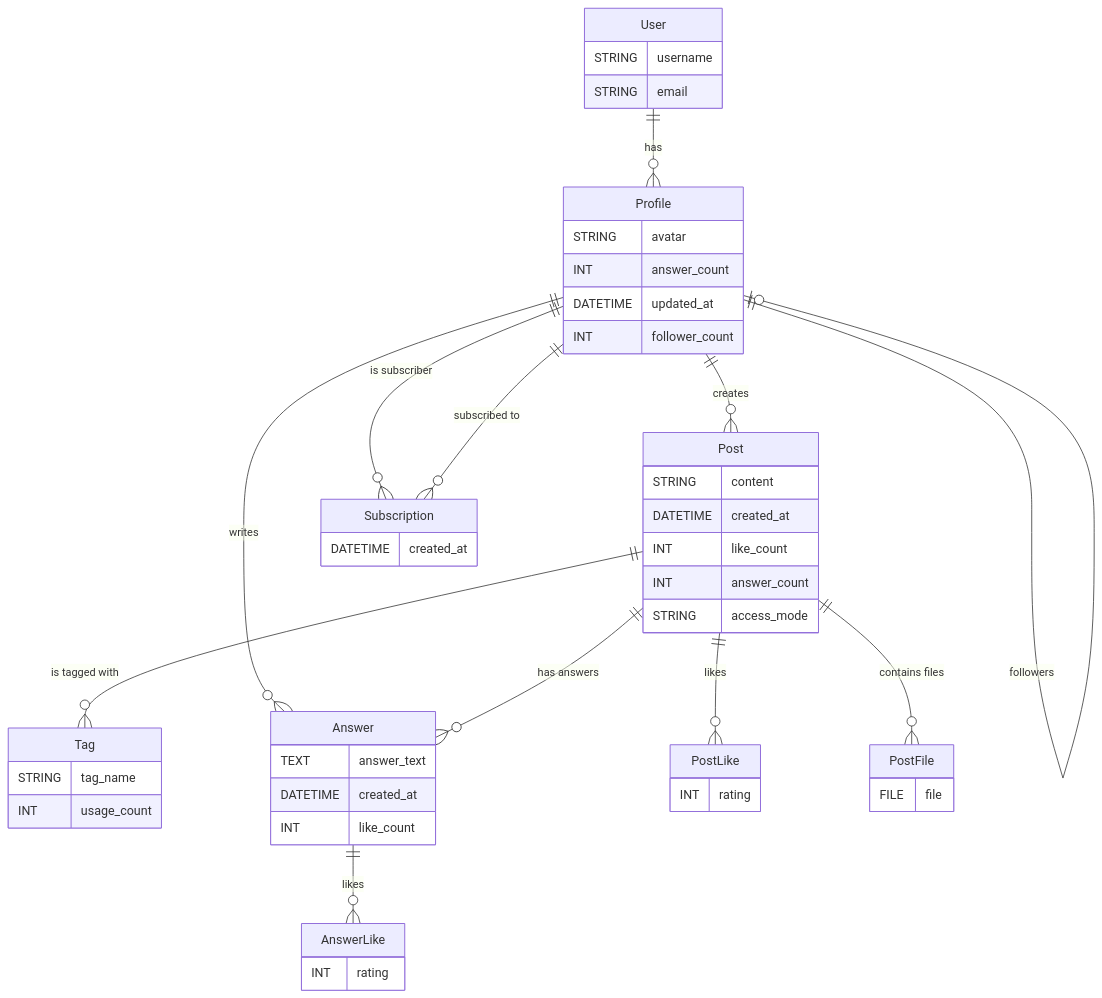
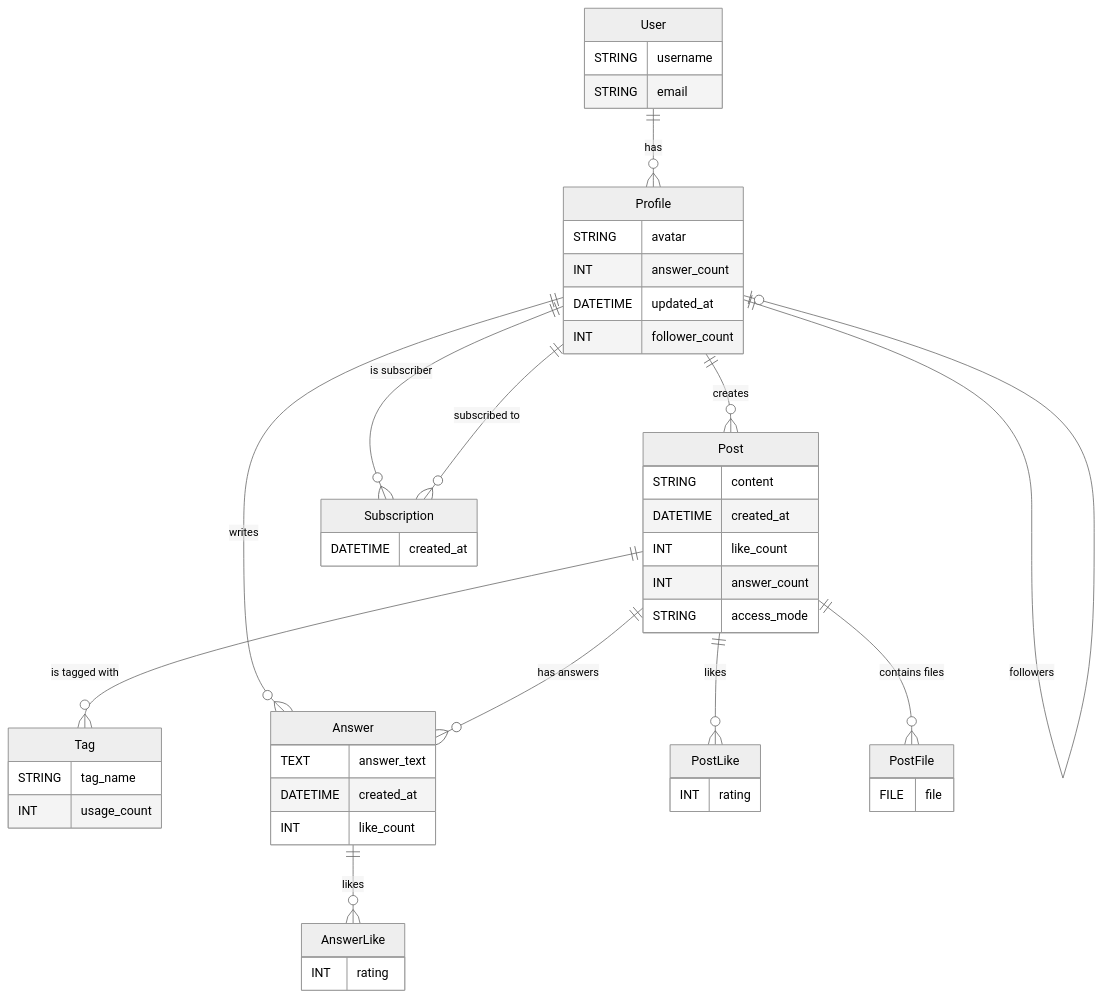
One commit to goriiin/5sem changed the diagram in momentum/docs/README.md. Above: the diagram before and after it, drawn with Mermaid.

````diff
--- a/momentum/docs/README.md
+++ b/momentum/docs/README.md
@@ -6,65 +6,66 @@
 ```mermaid
+%%{ init: { 'theme': 'neutral' } }%%
 erDiagram
     %% Entity Definitions
     
     User {
         STRING username
         STRING email
     }
 
     Profile {
         STRING avatar
         INT answer_count
         DATETIME updated_at
         INT follower_count
     }
 
     Tag {
         STRING tag_name
         INT usage_count
     }
 
     Post {
         STRING content
         DATETIME created_at
         INT like_count
         INT answer_count
         STRING access_mode
     }
 
     Answer {
         TEXT answer_text
         DATETIME created_at
         INT like_count
     }
 
     PostLike {
         INT rating
     }
 
     AnswerLike {
         INT rating
     }
 
     Subscription {
         DATETIME created_at
     }
 
     PostFile {
         FILE file
     }
 
     %% Relationships
 
     User ||--o{ Profile : "has"
     Profile ||--o{ Post : "creates"
     Profile ||--o{ Answer : "writes"
     Profile ||--o| Profile : "followers"
     Post ||--o{ Answer : "has answers"
     Post ||--o{ PostLike : "likes"
     Answer ||--o{ AnswerLike : "likes"
     Post ||--o{ Tag : "is tagged with"
     Post ||--o{ PostFile : "contains files"
     Profile ||--o{ Subscription : "is subscriber"
     Profile ||--o{ Subscription : "subscribed to"
 ```
````
